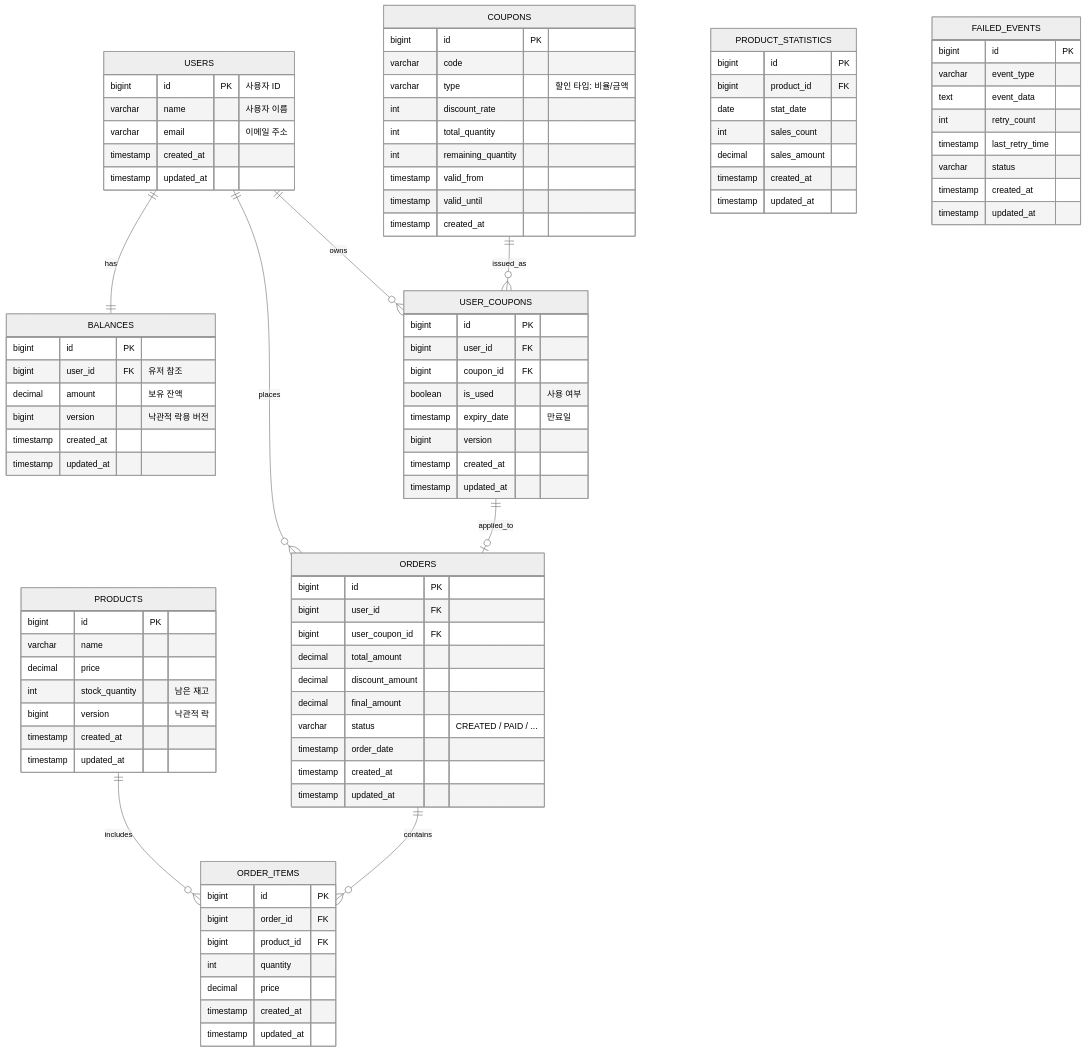
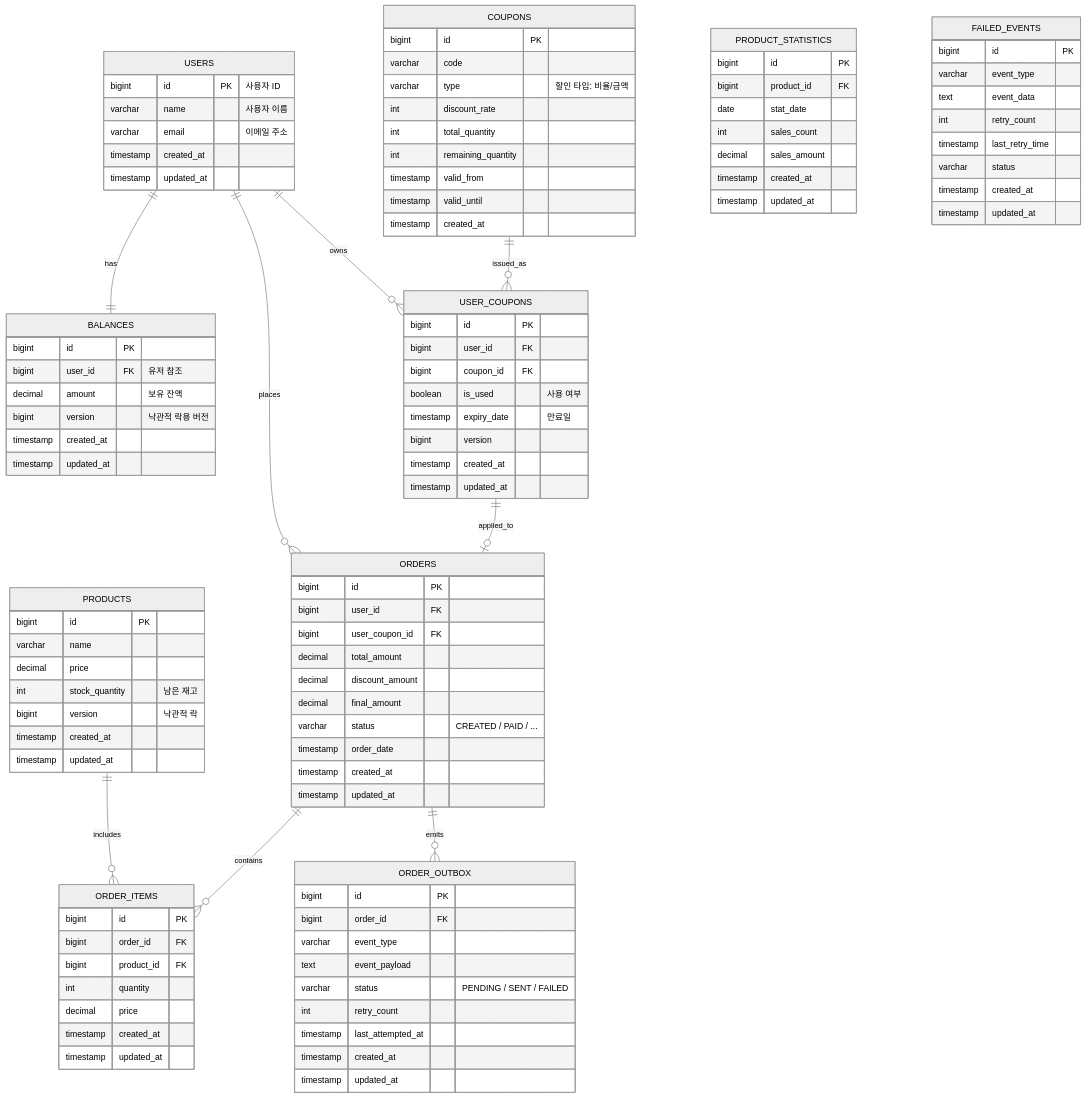
The diagram in docs/er-diagram/er-diagram.md (thedev-junyoung/hanghae-plus-2wd), drawn with Mermaid (neutral theme) before and after one commit. The commit also changed 3 other files, not shown here.

````diff
--- a/docs/er-diagram/er-diagram.md
+++ b/docs/er-diagram/er-diagram.md
@@ -9,6 +9,7 @@
     ORDERS ||--o{ ORDER_ITEMS : contains
     COUPONS ||--o{ USER_COUPONS : issued_as
     USER_COUPONS ||--o| ORDERS : applied_to
+    ORDERS ||--o{ ORDER_OUTBOX : emits
 
     USERS {
         bigint id PK  "사용자 ID"
@@ -93,6 +94,18 @@
         timestamp updated_at
     }
 
+    ORDER_OUTBOX {
+        bigint id PK
+        bigint order_id FK
+        varchar event_type
+        text event_payload
+        varchar status       "PENDING / SENT / FAILED"
+        int retry_count
+        timestamp last_attempted_at
+        timestamp created_at
+        timestamp updated_at
+    }
+
     FAILED_EVENTS {
         bigint id PK
         varchar event_type
@@ -103,5 +116,4 @@
         timestamp created_at
         timestamp updated_at
     }
-
 ```
````
